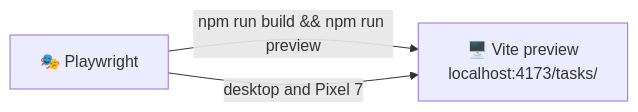
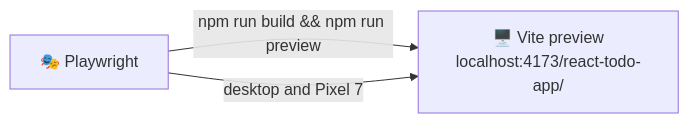
The second of 2 diagrams in docs/testing.md (sacrificed666/react-todo-app), drawn with Mermaid before and after one commit. The commit also changed 15 other files, not shown here.

````diff
--- a/docs/testing.md
+++ b/docs/testing.md
@@ -96,5 +96,5 @@
 ```mermaid
 flowchart LR
-  PW[🎭 Playwright] -->|"npm run build && npm run preview"| App["🖥️ Vite preview<br/>localhost:4173/tasks/"]
+  PW[🎭 Playwright] -->|"npm run build && npm run preview"| App["🖥️ Vite preview<br/>localhost:4173/react-todo-app/"]
   PW -->|desktop and Pixel 7| App
 ```
````
